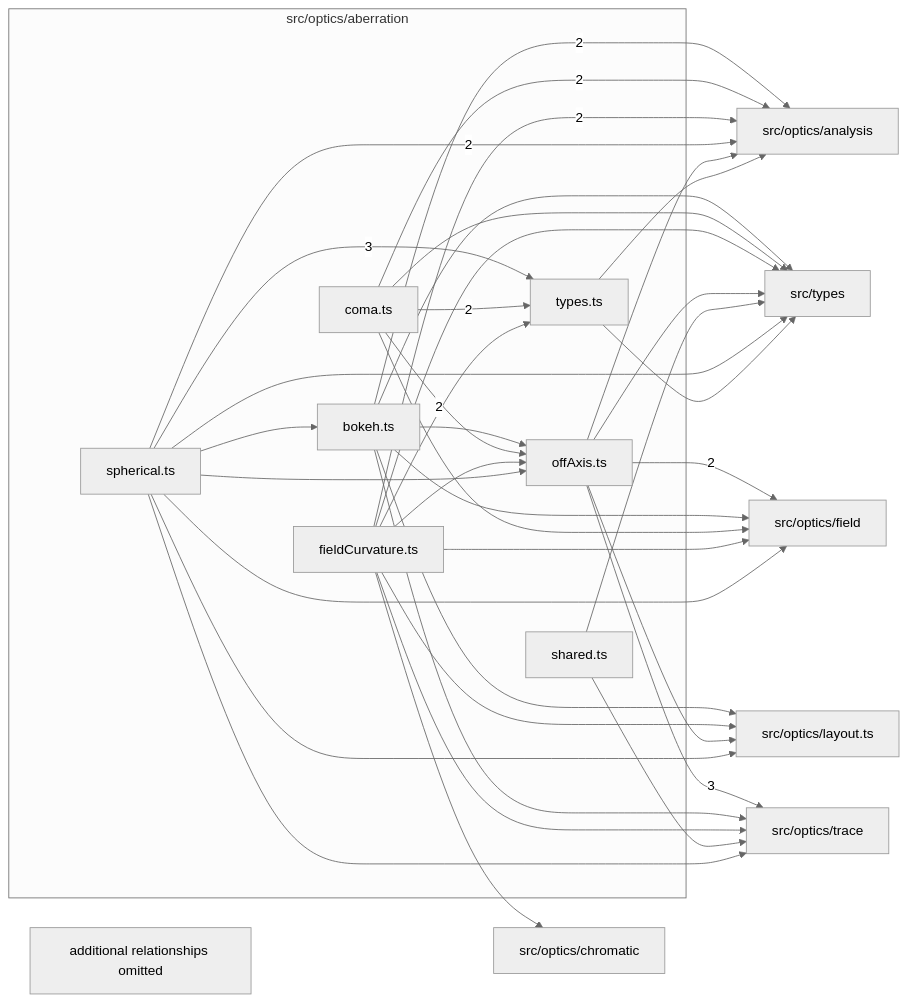
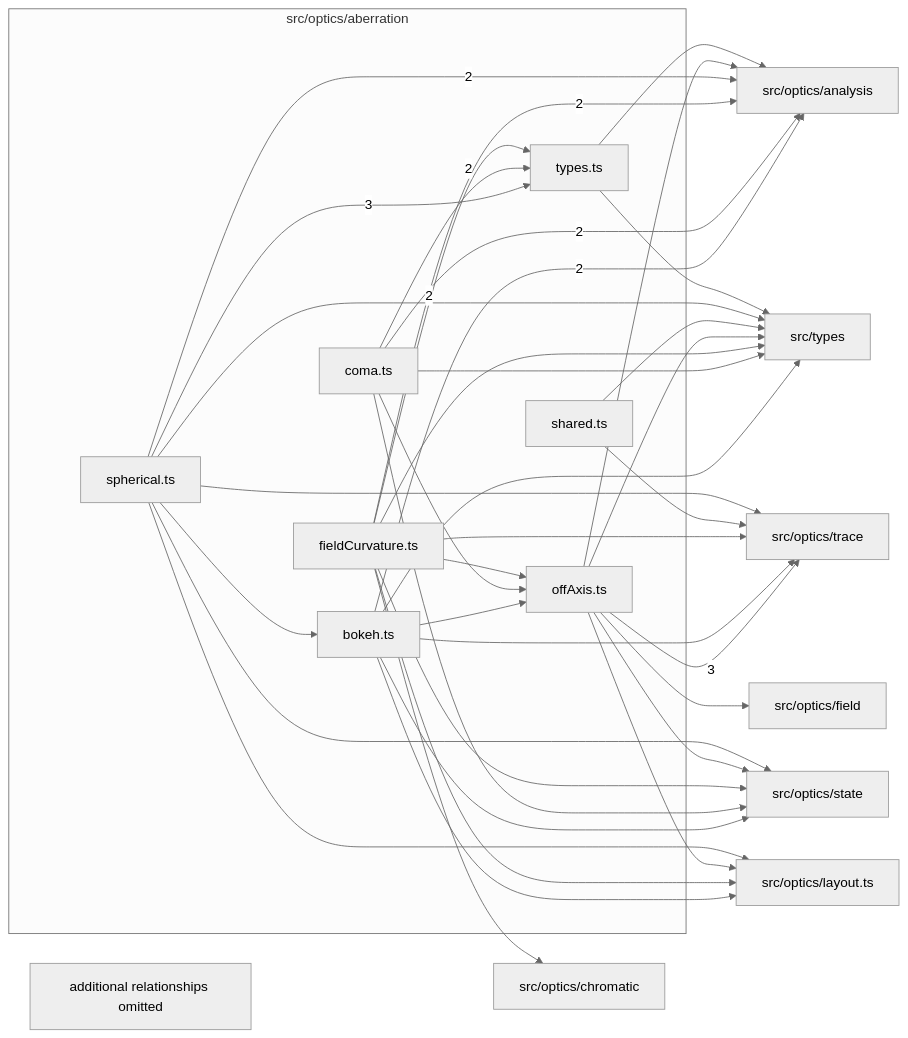
The diagram in src/optics/aberration/readme.md (BeamFour/LensVisualizer), drawn with Mermaid (neutral theme) before and after one commit. The commit also changed other lines of this file and 42 other files, not shown here.

````diff
--- a/src/optics/aberration/readme.md
+++ b/src/optics/aberration/readme.md
@@ -9,55 +9,56 @@
 ```mermaid
 flowchart LR
   subgraph n_src_optics_aberration["src/optics/aberration"]
     n_src_optics_aberration_src_optics_aberration_bokeh_ts["bokeh.ts"]
     n_src_optics_aberration_src_optics_aberration_coma_ts["coma.ts"]
     n_src_optics_aberration_src_optics_aberration_fieldCurvature_ts["fieldCurvature.ts"]
     n_src_optics_aberration_src_optics_aberration_offAxis_ts["offAxis.ts"]
     n_src_optics_aberration_src_optics_aberration_shared_ts["shared.ts"]
     n_src_optics_aberration_src_optics_aberration_spherical_ts["spherical.ts"]
     n_src_optics_aberration_src_optics_aberration_types_ts["types.ts"]
   end
   n_external_src_optics_trace["src/optics/trace"]
   n_external_src_optics_analysis["src/optics/analysis"]
+  n_external_src_optics_chromatic["src/optics/chromatic"]
   n_external_src_optics_field["src/optics/field"]
-  n_external_src_optics_chromatic["src/optics/chromatic"]
   n_external_src_optics_layout_ts["src/optics/layout.ts"]
+  n_external_src_optics_state["src/optics/state"]
   n_external_src_types["src/types"]
   n_src_optics_aberration_src_optics_aberration_offAxis_ts --> |3| n_external_src_optics_trace
   n_src_optics_aberration_src_optics_aberration_spherical_ts --> |3| n_src_optics_aberration_src_optics_aberration_types_ts
   n_src_optics_aberration_src_optics_aberration_bokeh_ts --> |2| n_external_src_optics_analysis
   n_src_optics_aberration_src_optics_aberration_coma_ts --> |2| n_external_src_optics_analysis
   n_src_optics_aberration_src_optics_aberration_fieldCurvature_ts --> |2| n_external_src_optics_analysis
   n_src_optics_aberration_src_optics_aberration_spherical_ts --> |2| n_external_src_optics_analysis
-  n_src_optics_aberration_src_optics_aberration_offAxis_ts --> |2| n_external_src_optics_field
   n_src_optics_aberration_src_optics_aberration_coma_ts --> |2| n_src_optics_aberration_src_optics_aberration_types_ts
   n_src_optics_aberration_src_optics_aberration_fieldCurvature_ts --> |2| n_src_optics_aberration_src_optics_aberration_types_ts
   n_src_optics_aberration_src_optics_aberration_offAxis_ts --> n_external_src_optics_analysis
   n_src_optics_aberration_src_optics_aberration_types_ts --> n_external_src_optics_analysis
   n_src_optics_aberration_src_optics_aberration_fieldCurvature_ts --> n_external_src_optics_chromatic
-  n_src_optics_aberration_src_optics_aberration_bokeh_ts --> n_external_src_optics_field
-  n_src_optics_aberration_src_optics_aberration_coma_ts --> n_external_src_optics_field
-  n_src_optics_aberration_src_optics_aberration_fieldCurvature_ts --> n_external_src_optics_field
-  n_src_optics_aberration_src_optics_aberration_spherical_ts --> n_external_src_optics_field
+  n_src_optics_aberration_src_optics_aberration_offAxis_ts --> n_external_src_optics_field
   n_src_optics_aberration_src_optics_aberration_bokeh_ts --> n_external_src_optics_layout_ts
   n_src_optics_aberration_src_optics_aberration_fieldCurvature_ts --> n_external_src_optics_layout_ts
   n_src_optics_aberration_src_optics_aberration_offAxis_ts --> n_external_src_optics_layout_ts
   n_src_optics_aberration_src_optics_aberration_spherical_ts --> n_external_src_optics_layout_ts
+  n_src_optics_aberration_src_optics_aberration_bokeh_ts --> n_external_src_optics_state
+  n_src_optics_aberration_src_optics_aberration_coma_ts --> n_external_src_optics_state
+  n_src_optics_aberration_src_optics_aberration_fieldCurvature_ts --> n_external_src_optics_state
+  n_src_optics_aberration_src_optics_aberration_offAxis_ts --> n_external_src_optics_state
+  n_src_optics_aberration_src_optics_aberration_spherical_ts --> n_external_src_optics_state
   n_src_optics_aberration_src_optics_aberration_bokeh_ts --> n_external_src_optics_trace
   n_src_optics_aberration_src_optics_aberration_fieldCurvature_ts --> n_external_src_optics_trace
   n_src_optics_aberration_src_optics_aberration_shared_ts --> n_external_src_optics_trace
   n_src_optics_aberration_src_optics_aberration_spherical_ts --> n_external_src_optics_trace
   n_src_optics_aberration_src_optics_aberration_bokeh_ts --> n_external_src_types
   n_src_optics_aberration_src_optics_aberration_coma_ts --> n_external_src_types
   n_src_optics_aberration_src_optics_aberration_fieldCurvature_ts --> n_external_src_types
   n_src_optics_aberration_src_optics_aberration_offAxis_ts --> n_external_src_types
   n_src_optics_aberration_src_optics_aberration_shared_ts --> n_external_src_types
   n_src_optics_aberration_src_optics_aberration_spherical_ts --> n_external_src_types
   n_src_optics_aberration_src_optics_aberration_types_ts --> n_external_src_types
   n_src_optics_aberration_src_optics_aberration_spherical_ts --> n_src_optics_aberration_src_optics_aberration_bokeh_ts
   n_src_optics_aberration_src_optics_aberration_bokeh_ts --> n_src_optics_aberration_src_optics_aberration_offAxis_ts
   n_src_optics_aberration_src_optics_aberration_coma_ts --> n_src_optics_aberration_src_optics_aberration_offAxis_ts
   n_src_optics_aberration_src_optics_aberration_fieldCurvature_ts --> n_src_optics_aberration_src_optics_aberration_offAxis_ts
-  n_src_optics_aberration_src_optics_aberration_spherical_ts --> n_src_optics_aberration_src_optics_aberration_offAxis_ts
   n_src_optics_aberration_truncated["additional relationships omitted"]
 ```
````
